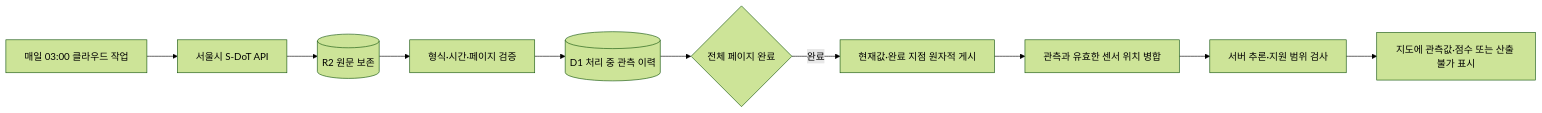
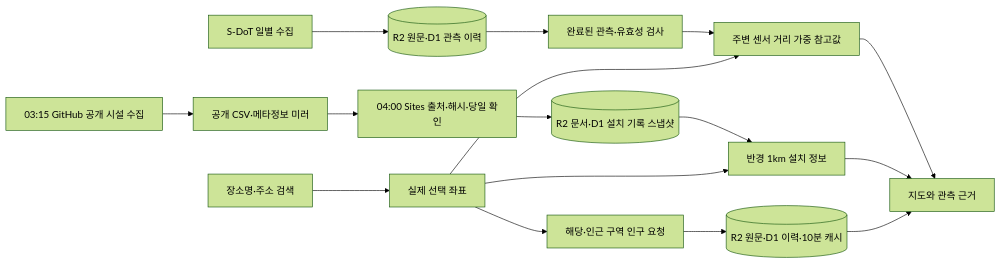
The diagram in README.md (roberYM11/safenight), drawn with Mermaid (forest theme) before and after one commit. The commit also changed other lines of this file and 5 other files, not shown here.

````diff
--- a/README.md
+++ b/README.md
@@ -47,12 +52,18 @@
 ```mermaid
 flowchart LR
-    T[매일 03:00 클라우드 작업] --> S[서울시 S-DoT API]
-    S --> R[(R2 원문 보존)]
-    R --> V[형식·시간·페이지 검증]
-    V --> D[(D1 처리 중 관측 이력)]
-    D --> G{전체 페이지 완료}
-    G -->|완료| P[현재값·완료 지점 원자적 게시]
-    P --> F[관측과 유효한 센서 위치 병합]
-    F --> M[서버 추론·지원 범위 검사]
-    M --> W[지도에 관측값·점수 또는 산출 불가 표시]
+    Q[장소명·주소 검색] --> L[실제 선택 좌표]
+    S[S-DoT 일별 수집] --> R[(R2 원문·D1 관측 이력)]
+    R --> V[완료된 관측·유효성 검사]
+    V --> W[주변 센서 거리 가중 참고값]
+    L --> W
+    C[03:15 GitHub 공개 시설 수집] --> G[공개 CSV·메타정보 미러]
+    G --> H[04:00 Sites 출처·해시·당일 확인]
+    H --> F[(R2 문서·D1 설치 기록 스냅샷)]
+    F --> N[반경 1km 설치 정보]
+    L --> N
+    L --> P[해당·인근 구역 인구 요청]
+    P --> D[(R2 원문·D1 이력·10분 캐시)]
+    W --> M[지도와 관측 근거]
+    N --> M
+    D --> M
 ```
````
